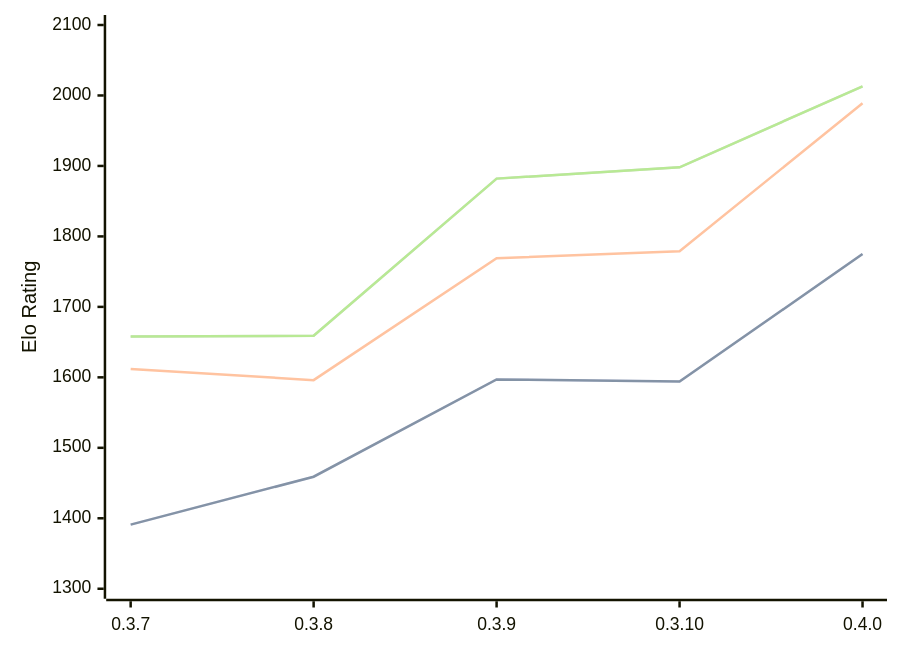
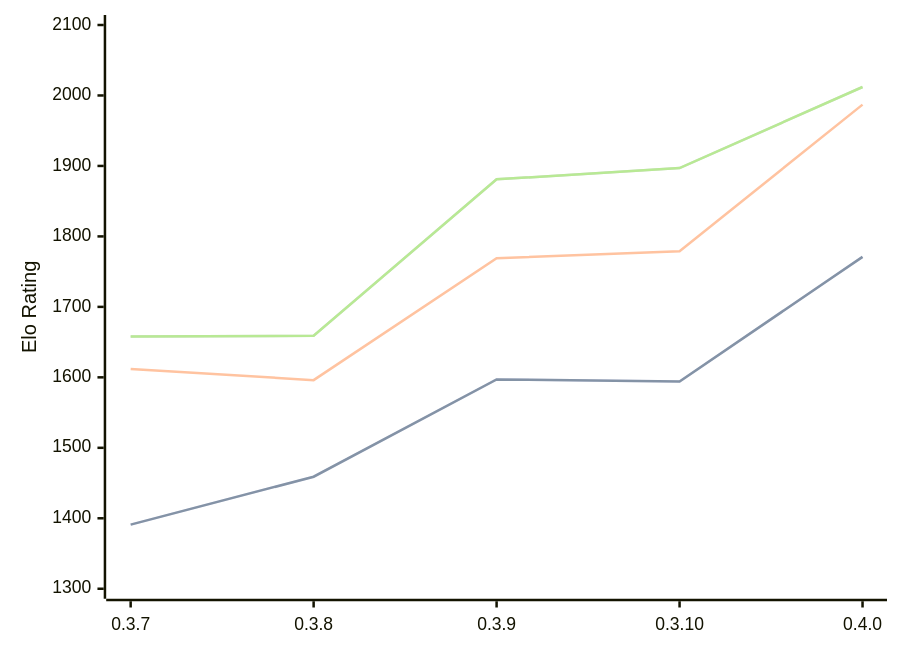
The diagram in engines/Arche.md (computer-chess-index/cci), drawn with Mermaid before and after one commit. The commit also changed other lines of this file, not shown here.

Commit message:
Update CCI Ratings (ELO VLTC) - 2026-10-01

````diff
--- a/engines/Arche.md
+++ b/engines/Arche.md
@@ -42,11 +42,11 @@
 ```mermaid
 %%{init: {"theme":"base","themeVariables":{"seriesColors:['#a3a3a3','#222221','#faa371']}}}%%
 xychart-beta
   x-axis ["0.3.7", "0.3.8", "0.3.9", "0.3.10", "0.4.0"]
   y-axis "Elo Rating" 1300 --> 2100
-  line "" [1391, 1459, 1597, 1594, 1775]
-  line "STC (8.0+0.08s)" [1391, 1459, 1597, 1594, 1775]
-  line "LTC (60.0+0.60s)" [1612, 1596, 1769, 1779, 1989]
-  line "" [1658, 1659, 1882, 1898, 2013]
-  line "VLTC (2m24s+1.12s)" [1658, 1659, 1882, 1898, 2013]
+  line "" [1391, 1459, 1597, 1594, 1771]
+  line "STC (8.0+0.08s)" [1391, 1459, 1597, 1594, 1771]
+  line "LTC (60.0+0.60s)" [1612, 1596, 1769, 1779, 1987]
+  line "" [1658, 1659, 1881, 1897, 2012]
+  line "VLTC (2m24s+1.12s)" [1658, 1659, 1881, 1897, 2012]
 ```
````
